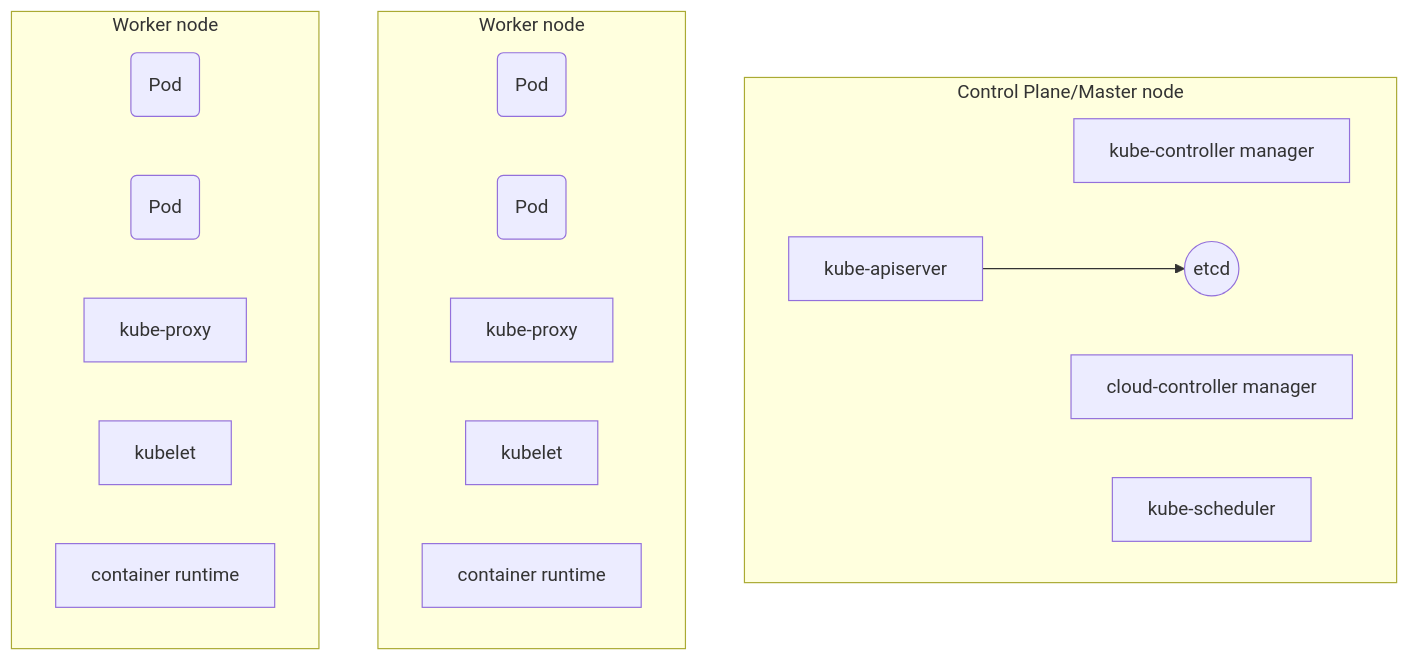
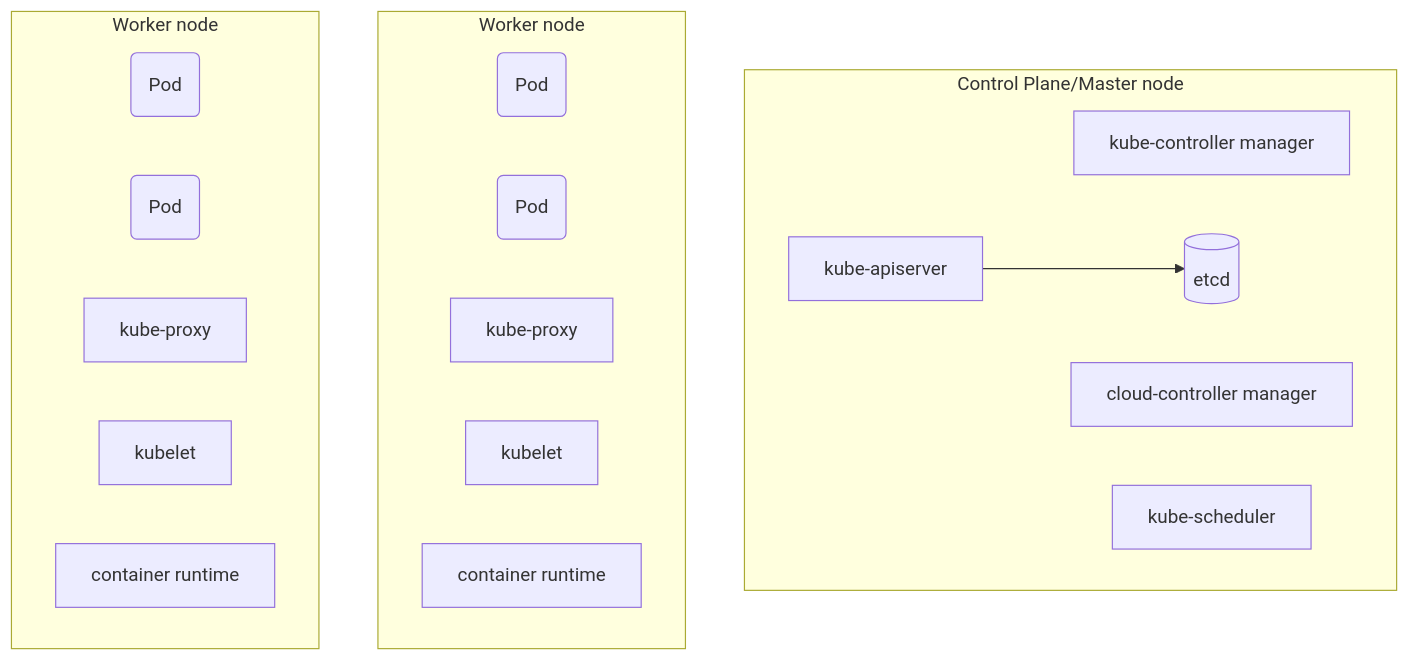
Before and after one commit to pratshield/docker-kubernetes: the diagram in kubernetes/nodes.md, drawn with Mermaid.

````diff
--- a/kubernetes/nodes.md
+++ b/kubernetes/nodes.md
@@ -10,25 +10,25 @@
 ```mermaid
 flowchart TB
   subgraph "Control Plane/Master node"
   A[kube-controller manager]
   B[cloud-controller manager]
   C[kube-apiserver]
   D[kube-scheduler]
-  E((etcd))
+  E[(etcd)]
   C-->E
   end
   subgraph "Worker node"
   W11(Pod)
   W12(Pod)
   W13[kube-proxy]
   W14[kubelet]
   W15[container runtime]
   end
   subgraph "Worker node"
   W21(Pod)
   W22(Pod)
   W23[kube-proxy]
   W24[kubelet]
   W25[container runtime]
   end
 ```
````
